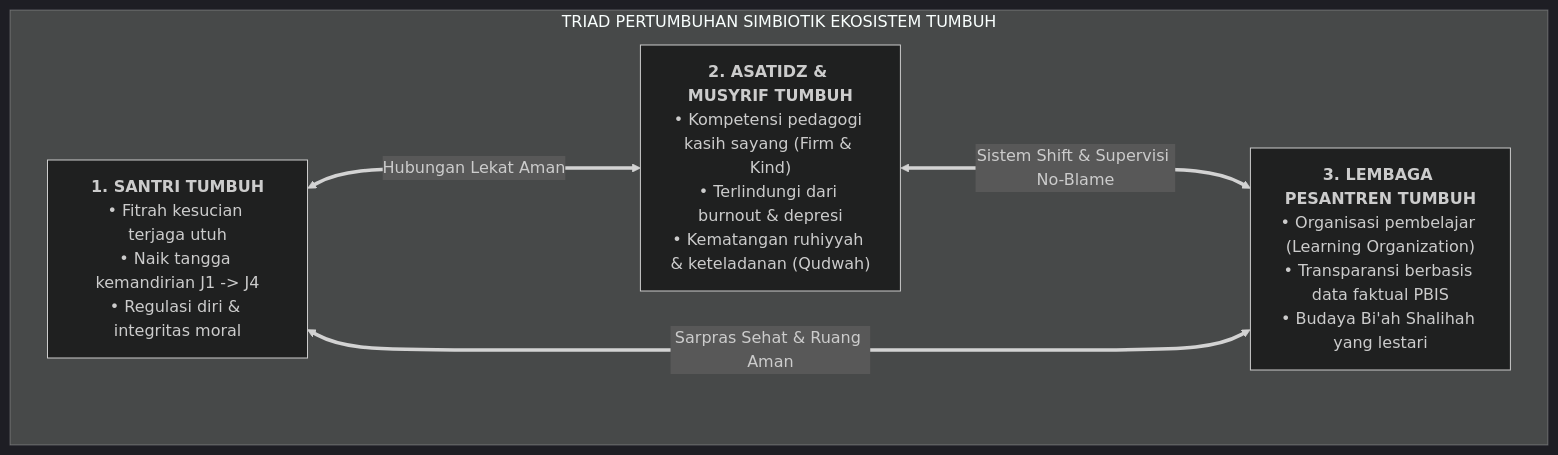
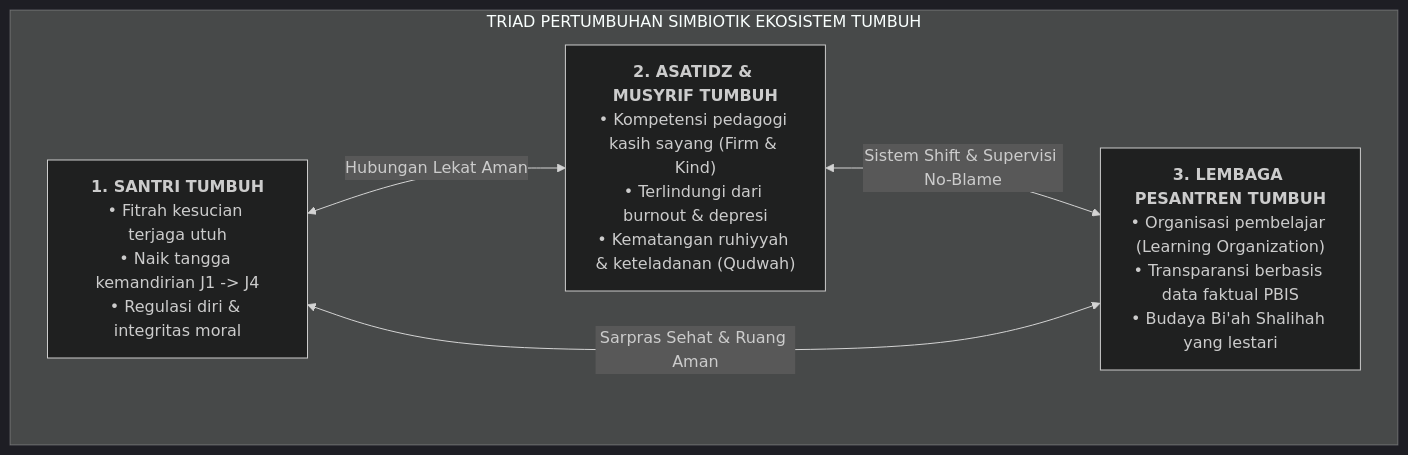
One commit to wandiapriliyandi/tumbuh changed the diagram in BOOK Series 2/Volume-01-Akar-Filosofis-dan-Epistemologi/Bab-05-Triad-Pertumbuhan-Simbiotik/02-Tiga-Dimensi-Pertumbuhan-Simbiotik.md. Above: the diagram before and after it, drawn with Mermaid (dark theme). The commit also changed 6 other files, not shown here.

Commit message:
fix(book-series-2): resolve mermaid syntax parse errors in bidirectional links and labels

````diff
--- a/BOOK Series 2/Volume-01-Akar-Filosofis-dan-Epistemologi/Bab-05-Triad-Pertumbuhan-Simbiotik/02-Tiga-Dimensi-Pertumbuhan-Simbiotik.md
+++ b/BOOK Series 2/Volume-01-Akar-Filosofis-dan-Epistemologi/Bab-05-Triad-Pertumbuhan-Simbiotik/02-Tiga-Dimensi-Pertumbuhan-Simbiotik.md
@@ -9,14 +9,14 @@
 ```mermaid
 flowchart TD
     subgraph TriadSimbiotik["TRIAD PERTUMBUHAN SIMBIOTIK EKOSISTEM TUMBUH"]
         Santri["<b>1. SANTRI TUMBUH</b><br/>• Fitrah kesucian terjaga utuh<br/>• Naik tangga kemandirian J1 -> J4<br/>• Regulasi diri & integritas moral"]
         
         Asatidz["<b>2. ASATIDZ & MUSYRIF TUMBUH</b><br/>• Kompetensi pedagogi kasih sayang (Firm & Kind)<br/>• Terlindungi dari burnout & depresi<br/>• Kematangan ruhiyyah & keteladanan (Qudwah)"]
         
         Lembaga["<b>3. LEMBAGA PESANTREN TUMBUH</b><br/>• Organisasi pembelajar (Learning Organization)<br/>• Transparansi berbasis data faktual PBIS<br/>• Budaya Bi'ah Shalihah yang lestari"]
 
-        Santri <===>|Hubungan Lekat Aman| Asatidz
-        Asatidz <===>|Sistem Shift & Supervisi No-Blame| Lembaga
-        Lembaga <===>|Sarpras Sehat & Ruang Aman| Santri
+        Santri <-->|"Hubungan Lekat Aman"| Asatidz
+        Asatidz <-->|"Sistem Shift & Supervisi No-Blame"| Lembaga
+        Lembaga <-->|"Sarpras Sehat & Ruang Aman"| Santri
     end
 ```
````
